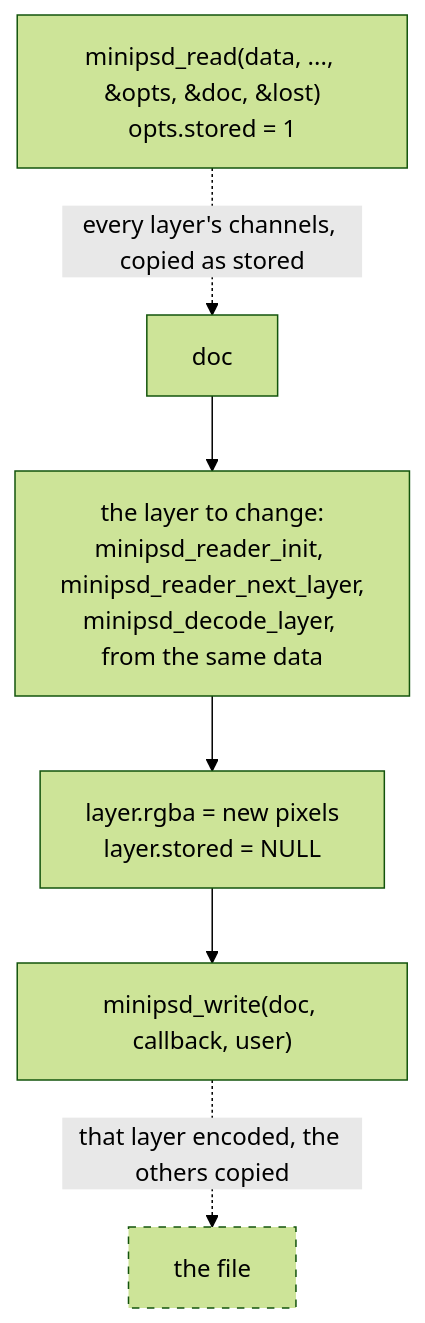
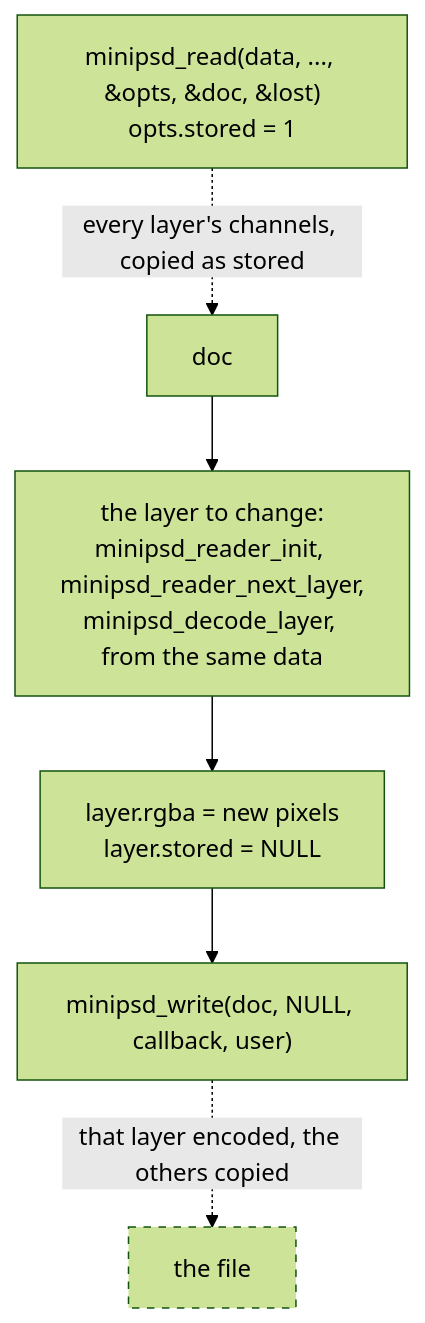
The fifth of 5 diagrams in docs/MANUAL.md (ShadobaDev/minipsd), drawn with Mermaid (forest theme) before and after one commit. The commit also changed other lines of this file and 25 other files, not shown here.

````diff
--- a/docs/MANUAL.md
+++ b/docs/MANUAL.md
@@ -516,11 +524,11 @@
 ```mermaid
 flowchart TD
     read["minipsd_read(data, ..., &opts, &doc, &lost)<br>opts.stored = 1"]
     read -. "every layer's channels, copied as stored" .-> doc["doc"]
     doc --> pick["the layer to change:<br>minipsd_reader_init, minipsd_reader_next_layer,<br>minipsd_decode_layer, from the same data"]
     pick --> set["layer.rgba = new pixels<br>layer.stored = NULL"]
-    set --> write["minipsd_write(doc, callback, user)"]
+    set --> write["minipsd_write(doc, NULL, callback, user)"]
     write -. "that layer encoded, the others copied" .-> out["the file"]
     classDef minipsd stroke-dasharray: 5 5
     class out minipsd
 ```
````
